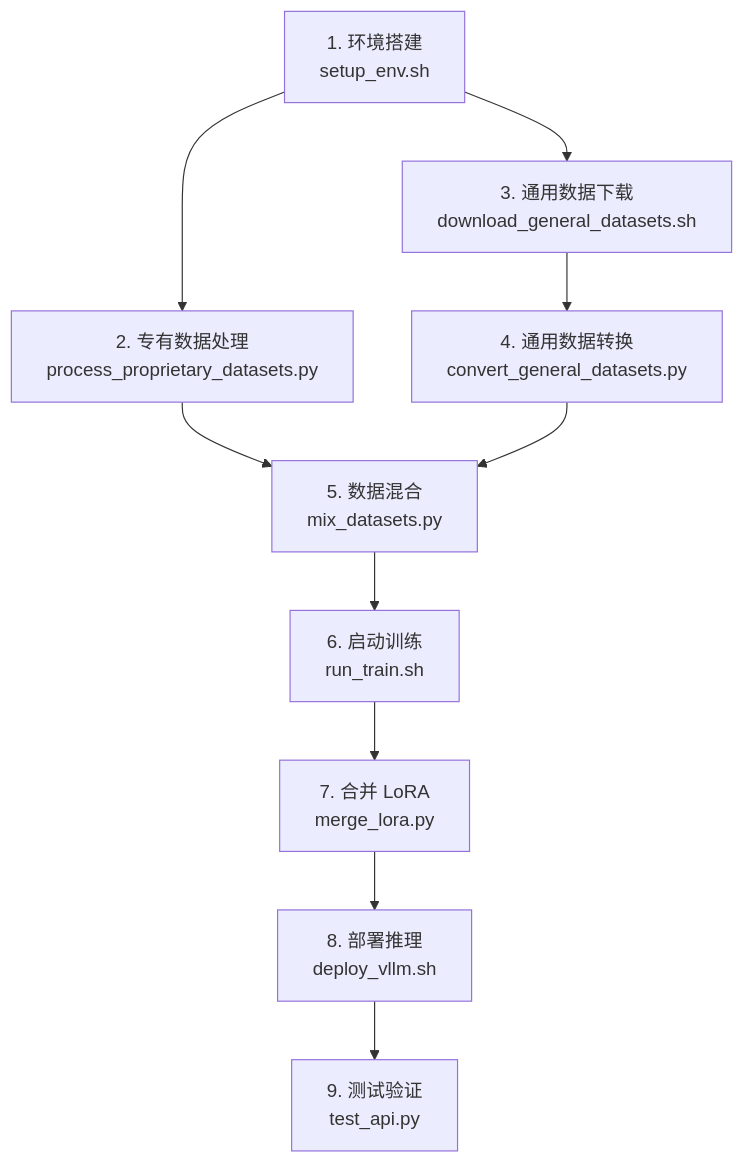
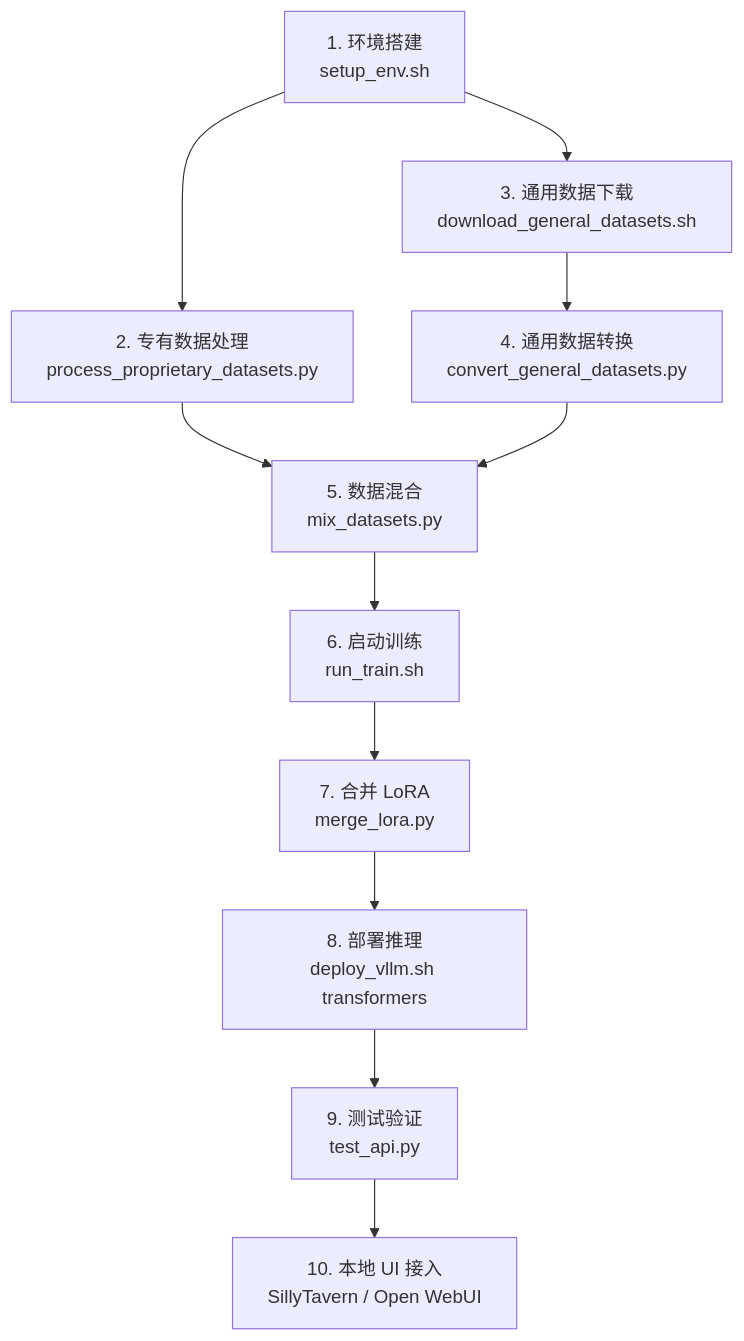
The second of 3 diagrams in PIPELINE_GUIDE.md (MoChenshan/text-gen-pipeline), drawn with Mermaid before and after one commit. The commit also changed other lines of this file, not shown here.

````diff
--- a/PIPELINE_GUIDE.md
+++ b/PIPELINE_GUIDE.md
@@ -634,12 +780,13 @@
 ```mermaid
 graph TD
     A[1. 环境搭建<br/>setup_env.sh] --> B[2. 专有数据处理<br/>process_proprietary_datasets.py]
     A --> C[3. 通用数据下载<br/>download_general_datasets.sh]
     C --> D[4. 通用数据转换<br/>convert_general_datasets.py]
     B --> E[5. 数据混合<br/>mix_datasets.py]
     D --> E
     E --> F[6. 启动训练<br/>run_train.sh]
     F --> G[7. 合并 LoRA<br/>merge_lora.py]
-    G --> H[8. 部署推理<br/>deploy_vllm.sh]
+    G --> H[8. 部署推理<br/>deploy_vllm.sh transformers]
     H --> I[9. 测试验证<br/>test_api.py]
+    I --> J[10. 本地 UI 接入<br/>SillyTavern / Open WebUI]
 ```
````
